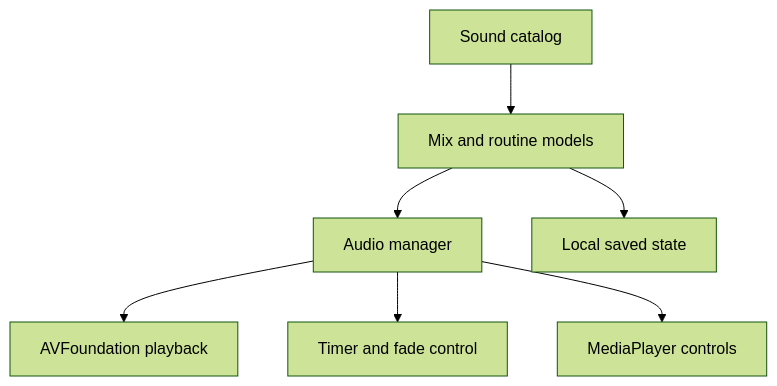
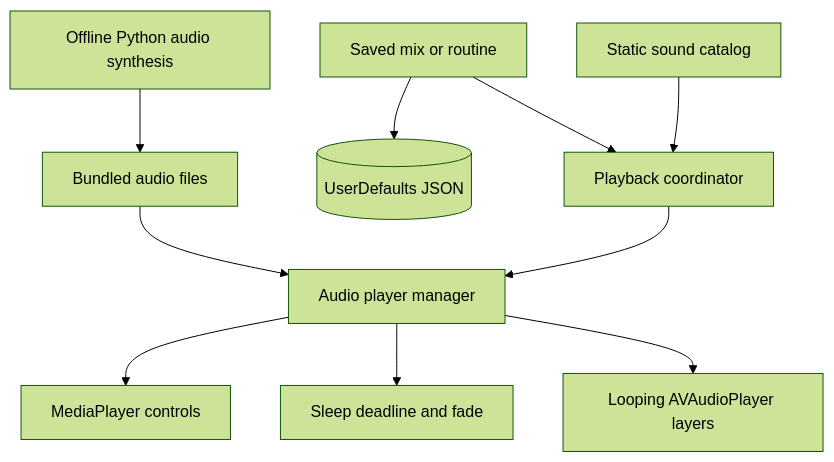
One commit to Zodomik/baby-sleep-showcase changed the diagram in docs/ENGINEERING.md. Above: the diagram before and after it, drawn with Mermaid (forest theme). The commit also changed other lines of this file and 3 other files, not shown here.

Commit message:
Document architecture, data models and implementation details

````diff
--- a/docs/ENGINEERING.md
+++ b/docs/ENGINEERING.md
@@ -7,9 +16,12 @@
 ```mermaid
 flowchart TD
-A[Sound catalog] --> B[Mix and routine models]
-B --> C[Audio manager]
-C --> D[AVFoundation playback]
-C --> E[Timer and fade control]
-C --> F[MediaPlayer controls]
-B --> G[Local saved state]
+    Synth[Offline Python audio synthesis] --> Bundle[Bundled audio files]
+    Catalog[Static sound catalog] --> Coordinator[Playback coordinator]
+    Mix[Saved mix or routine] --> Coordinator
+    Coordinator --> Audio[Audio player manager]
+    Bundle --> Audio
+    Audio --> Layers[Looping AVAudioPlayer layers]
+    Audio --> Timer[Sleep deadline and fade]
+    Audio --> System[MediaPlayer controls]
+    Mix --> Local[(UserDefaults JSON)]
 ```
````
